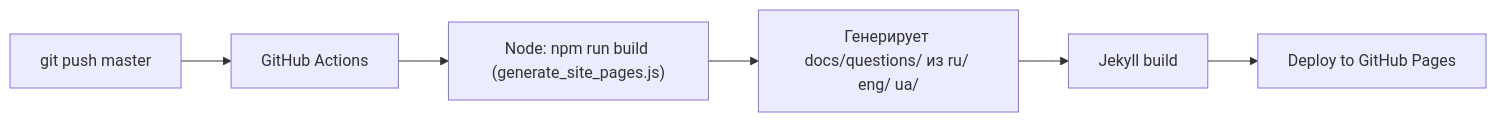
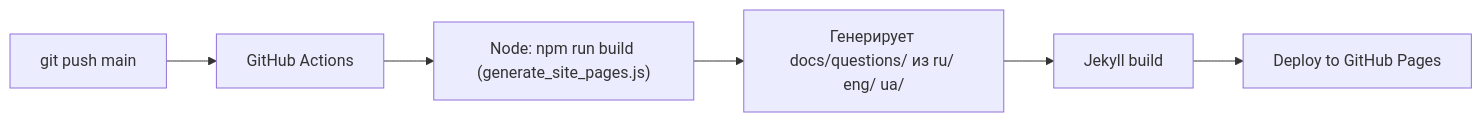
The diagram in PROJECT_STRUCTURE.md (saraswatdeepesh19/Interview-Preparation), drawn with Mermaid before and after one commit. The commit also changed other lines of this file and 3 other files, not shown here.

````diff
--- a/PROJECT_STRUCTURE.md
+++ b/PROJECT_STRUCTURE.md
@@ -322,8 +322,8 @@
 ```mermaid
 graph LR
-    A["git push master"] --> B["GitHub Actions"]
+    A["git push main"] --> B["GitHub Actions"]
     B --> C["Node: npm run build (generate_site_pages.js)"]
     C --> D["Генерирует docs/questions/ из ru/ eng/ ua/"]
     D --> E["Jekyll build"]
     E --> F["Deploy to GitHub Pages"]
 ```
````
